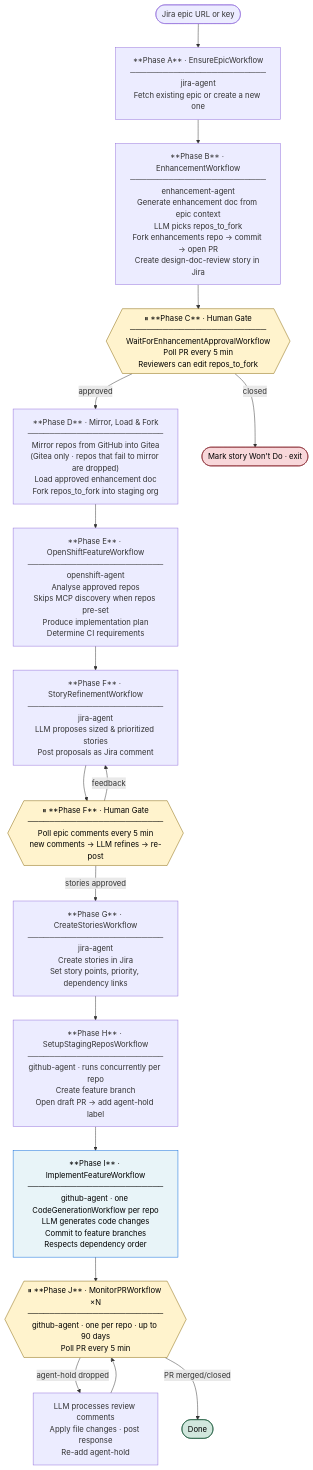
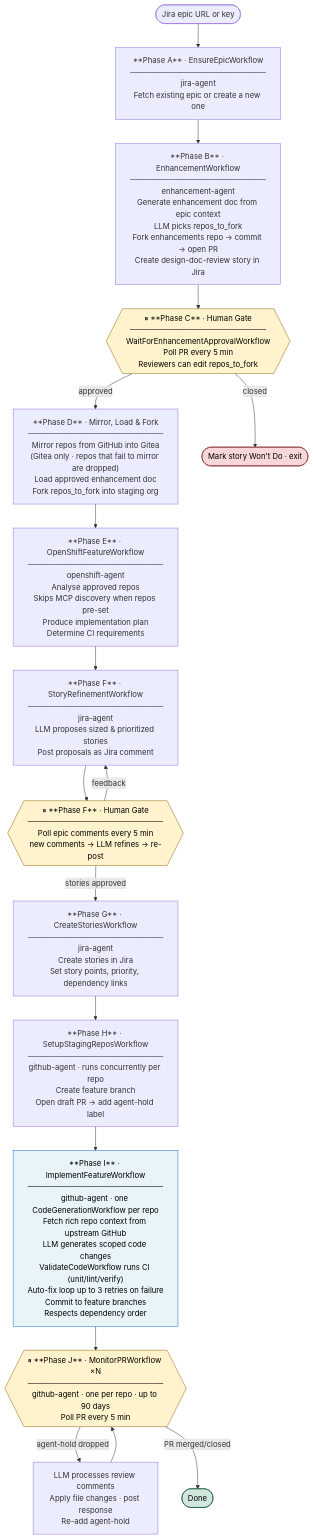
Before and after one commit to openshift-splat-team/splat-sdlc-operator: the sixth of 8 diagrams in README.md, drawn with Mermaid. The commit also changed other lines of this file and 24 other files, not shown here.

First line of the commit message:
feat: rich repo context, S3 caching, pre-PR CI validation, and scope guardrails

````diff
--- a/README.md
+++ b/README.md
@@ -184,43 +185,43 @@
 ```mermaid
 flowchart TD
     START([Jira epic URL or key]) --> A
 
     A["**Phase A** · EnsureEpicWorkflow\n─────────────────────────\njira-agent\nFetch existing epic or create a new one"]
 
     A --> B["**Phase B** · EnhancementWorkflow\n─────────────────────────\nenhancement-agent\nGenerate enhancement doc from epic context\nLLM picks repos_to_fork\nFork enhancements repo → commit → open PR\nCreate design-doc-review story in Jira"]
 
     B --> C{{"⏸ **Phase C** · Human Gate\n─────────────────────────\nWaitForEnhancementApprovalWorkflow\nPoll PR every 5 min\nReviewers can edit repos_to_fork"}}
 
     C -- approved --> D
     C -- closed --> ABORT([Mark story Won't Do · exit])
 
     D["**Phase D** · Mirror, Load & Fork\n─────────────────────────\nMirror repos from GitHub into Gitea\n(Gitea only · repos that fail to mirror are dropped)\nLoad approved enhancement doc\nFork repos_to_fork into staging org"]
 
     D --> E["**Phase E** · OpenShiftFeatureWorkflow\n─────────────────────────\nopenshift-agent\nAnalyse approved repos\nSkips MCP discovery when repos pre-set\nProduce implementation plan\nDetermine CI requirements"]
 
     E --> F["**Phase F** · StoryRefinementWorkflow\n─────────────────────────\njira-agent\nLLM proposes sized & prioritized stories\nPost proposals as Jira comment"]
 
     F --> FG{{"⏸ **Phase F** · Human Gate\n─────────────────────────\nPoll epic comments every 5 min\nnew comments → LLM refines → re-post"}}
 
     FG -- stories approved --> G
     FG -- feedback --> F
 
     G["**Phase G** · CreateStoriesWorkflow\n─────────────────────────\njira-agent\nCreate stories in Jira\nSet story points, priority, dependency links"]
 
     G --> H["**Phase H** · SetupStagingReposWorkflow\n─────────────────────────\ngithub-agent · runs concurrently per repo\nCreate feature branch\nOpen draft PR → add agent-hold label"]
 
-    H --> I["**Phase I** · ImplementFeatureWorkflow\n─────────────────────────\ngithub-agent · one CodeGenerationWorkflow per repo\nLLM generates code changes\nCommit to feature branches\nRespects dependency order"]
+    H --> I["**Phase I** · ImplementFeatureWorkflow\n─────────────────────────\ngithub-agent · one CodeGenerationWorkflow per repo\nFetch rich repo context from upstream GitHub\nLLM generates scoped code changes\nValidateCodeWorkflow runs CI (unit/lint/verify)\nAuto-fix loop up to 3 retries on failure\nCommit to feature branches\nRespects dependency order"]
 
     I --> J{{"⏸ **Phase J** · MonitorPRWorkflow ×N\n─────────────────────────\ngithub-agent · one per repo · up to 90 days\nPoll PR every 5 min"}}
 
     J -- agent-hold dropped --> JC["LLM processes review comments\nApply file changes · post response\nRe-add agent-hold"]
     JC --> J
     J -- PR merged/closed --> DONE([Done])
 
     style C fill:#fff3cd,stroke:#856404,color:#000
     style FG fill:#fff3cd,stroke:#856404,color:#000
     style I fill:#e8f4f8,stroke:#0969da,color:#000
     style J fill:#fff3cd,stroke:#856404,color:#000
     style ABORT fill:#f8d7da,stroke:#842029,color:#000
     style DONE fill:#d1e7dd,stroke:#0f5132,color:#000
 ```
````
